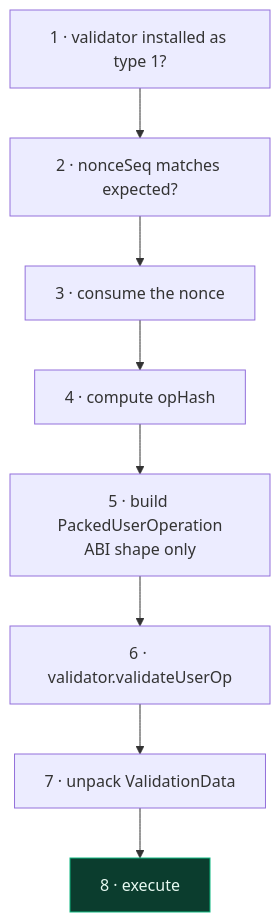
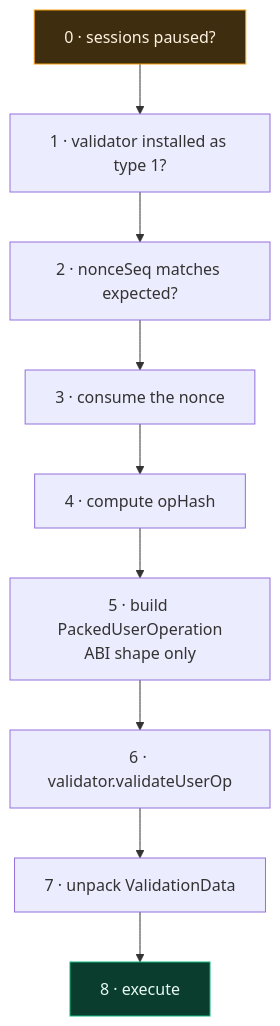
The fifth of 10 diagrams in docs/agent-wallet.md (HusseinAdeiza/push-agentic-wallets), drawn with Mermaid before and after one commit. The commit also changed other lines of this file and 6 other files, not shown here.

````diff
--- a/docs/agent-wallet.md
+++ b/docs/agent-wallet.md
@@ -190,12 +212,14 @@
 ```mermaid
 flowchart TD
-    S1["1 · validator installed as type 1?"] --> S2["2 · nonceSeq matches expected?"]
+    S0["0 · sessions paused?"] --> S1["1 · validator installed as type 1?"]
+    S1 --> S2["2 · nonceSeq matches expected?"]
     S2 --> S3["3 · consume the nonce"]
     S3 --> S4["4 · compute opHash"]
     S4 --> S5["5 · build PackedUserOperation<br/>ABI shape only"]
     S5 --> S6["6 · validator.validateUserOp"]
     S6 --> S7["7 · unpack ValidationData"]
     S7 --> S8["8 · execute"]
 
+    style S0 fill:#3f2d10,stroke:#f59e0b,color:#fdf3e0
     style S8 fill:#0b3d2e,stroke:#10b981,color:#e7f9f1
 ```
````
